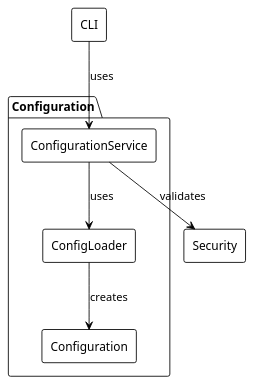
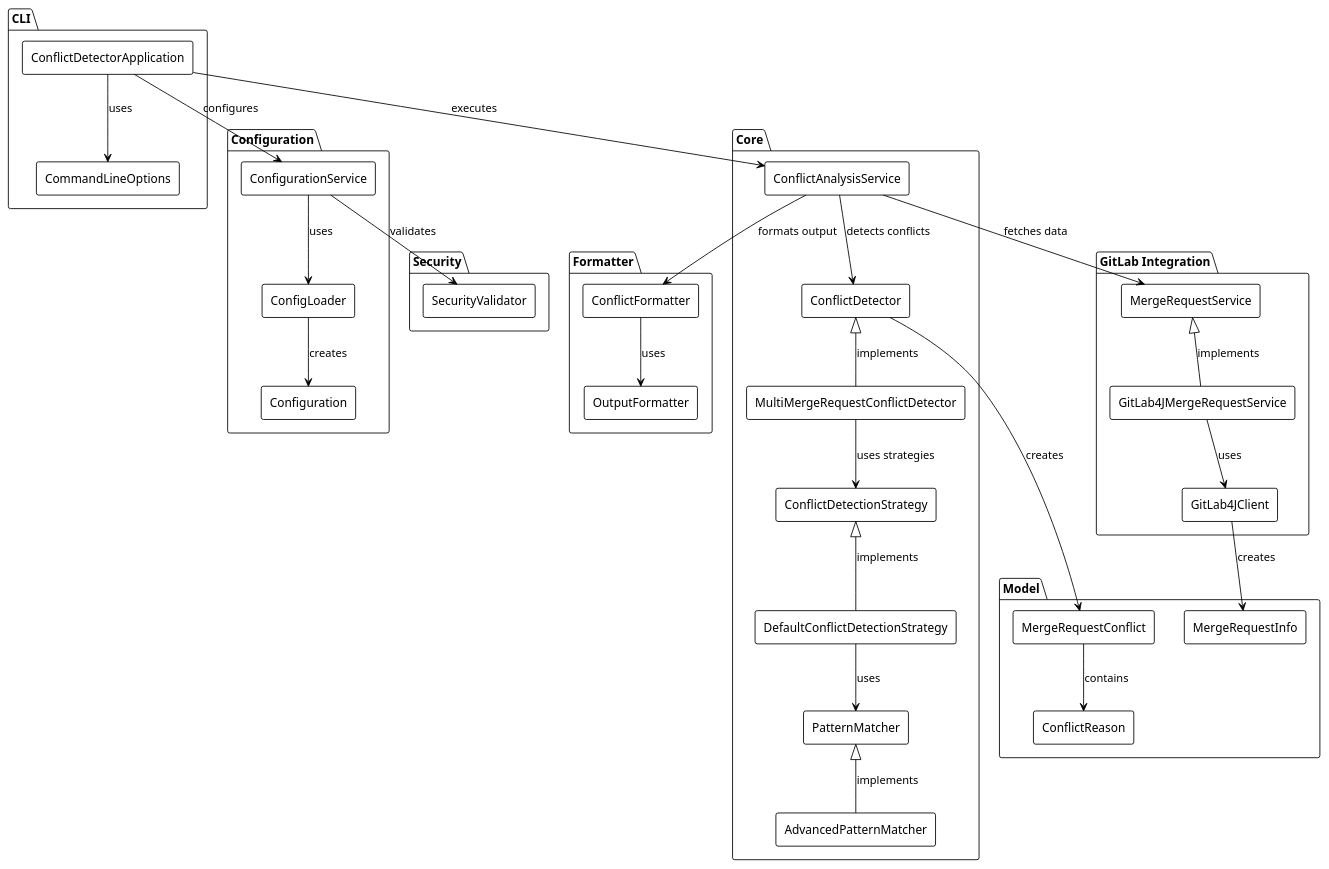
The second of 4 diagrams in docs/architecture.md (GalushkoArt/gitlab-mr-conflict-detector), drawn with PlantUML before and after one commit. The commit also changed other lines of this file and 12 other files, not shown here.

````diff
--- a/docs/architecture.md
+++ b/docs/architecture.md
@@ -74,20 +45,76 @@
 ```plantuml
 @startuml
 !theme plain
 skinparam componentStyle rectangle
+
+package "CLI" {
+  [ConflictDetectorApplication] as Command
+  [CommandLineOptions] as Options
+}
 
 package "Configuration" {
   [ConfigurationService] as ConfigService
   [ConfigLoader] as ConfigLoader
   [Configuration] as Config
 }
 
-[CLI] as CLI
-[Security] as Security
+package "Core" {
+  [ConflictAnalysisService] as ConflictService
+  [ConflictDetector] as ConflictDetector
+  [MultiMergeRequestConflictDetector] as MultiDetector
+  [ConflictDetectionStrategy] as Strategy
+  [DefaultConflictDetectionStrategy] as DefaultStrategy
+  [PatternMatcher] as PatternMatcher
+  [AdvancedPatternMatcher] as AdvancedMatcher
+}
 
-CLI --> ConfigService : uses
+package "GitLab Integration" {
+  [MergeRequestService] as MRService
+  [GitLab4JMergeRequestService] as GitLab4JService
+  [GitLab4JClient] as GitLabClient
+}
+
+package "Formatter" {
+  [ConflictFormatter] as ConflictFormatter
+  [OutputFormatter] as OutputFormatter
+}
+
+package "Security" {
+  [SecurityValidator] as SecurityValidator
+}
+
+package "Model" {
+  [MergeRequestInfo] as MRInfo
+  [MergeRequestConflict] as MRConflict
+  [ConflictReason] as ConflictReason
+}
+
+Command --> Options : uses
+Command --> ConfigService : configures
+Command --> ConflictService : executes
+
 ConfigService --> ConfigLoader : uses
 ConfigLoader --> Config : creates
-ConfigService --> Security : validates
+ConfigService --> SecurityValidator : validates
+
+ConflictService --> MRService : fetches data
+ConflictService --> ConflictDetector : detects conflicts
+ConflictService --> ConflictFormatter : formats output
+
+ConflictDetector <|-- MultiDetector : implements
+MultiDetector --> Strategy : uses strategies
+Strategy <|-- DefaultStrategy : implements
+DefaultStrategy --> PatternMatcher : uses
+PatternMatcher <|-- AdvancedMatcher : implements
+
+MRService <|-- GitLab4JService : implements
+GitLab4JService --> GitLabClient : uses
+GitLabClient --> MRInfo : creates
+
+ConflictDetector --> MRConflict : creates
+MRConflict --> ConflictReason : contains
+
+ConflictFormatter --> OutputFormatter : uses
+
 @enduml
 ```
````
